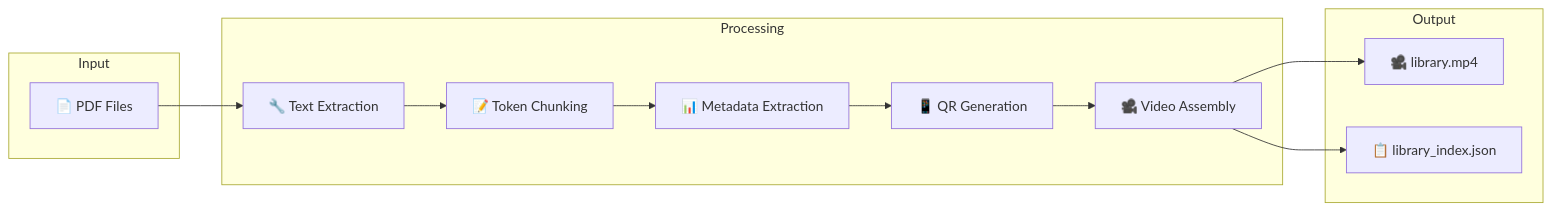
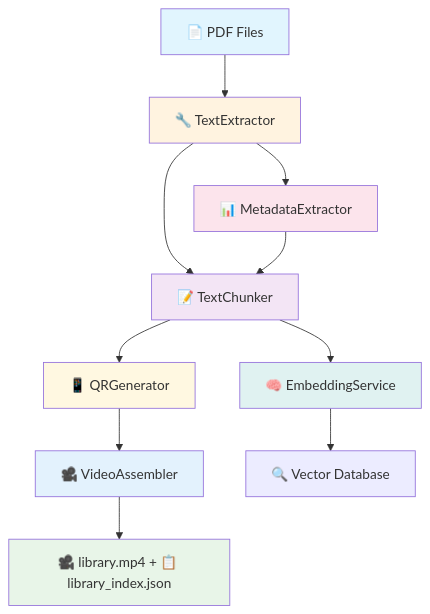
One commit to entira/elibrary changed the diagram in README.md. Above: the diagram before and after it, drawn with Mermaid. The commit also changed other lines of this file and 7 other files, not shown here.

First line of the commit message:
📚 Comprehensive documentation update for modular architecture

````diff
--- a/README.md
+++ b/README.md
@@ -88,27 +99,21 @@
 ```mermaid
-graph LR
-    subgraph "Input"
-        PDF[📄 PDF Files]
-    end
+graph TD
+    A[📄 PDF Files] --> B[🔧 TextExtractor]
+    B --> C[📊 MetadataExtractor]
+    B --> D[📝 TextChunker]
+    C --> D
+    D --> E[🧠 EmbeddingService]
+    D --> F[📱 QRGenerator]
+    F --> G[🎥 VideoAssembler]
+    E --> H[🔍 Vector Database]
+    G --> I[🎥 library.mp4 + 📋 library_index.json]
     
-    subgraph "Processing"
-        EXTRACT[🔧 Text Extraction]
-        CHUNK[📝 Token Chunking]
-        META[📊 Metadata Extraction]
-        QR[📱 QR Generation]
-        VIDEO[🎥 Video Assembly]
-    end
-    
-    subgraph "Output"
-        VID[🎥 library.mp4]
-        INDEX[📋 library_index.json]
-    end
-    
-    PDF --> EXTRACT
-    EXTRACT --> CHUNK
-    CHUNK --> META
-    META --> QR
-    QR --> VIDEO
-    VIDEO --> VID
-    VIDEO --> INDEX
+    style A fill:#e1f5fe
+    style I fill:#e8f5e8
+    style B fill:#fff3e0
+    style C fill:#fce4ec
+    style D fill:#f3e5f5
+    style E fill:#e0f2f1
+    style F fill:#fff8e1
+    style G fill:#e3f2fd
 ```
````
